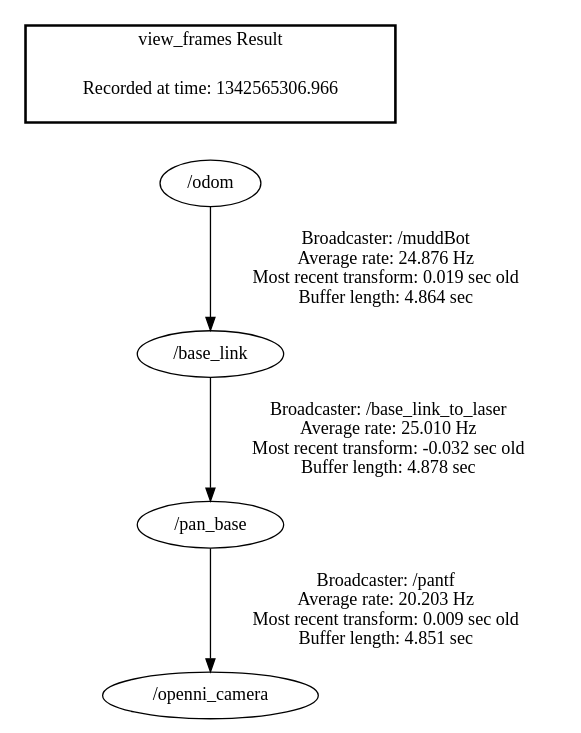
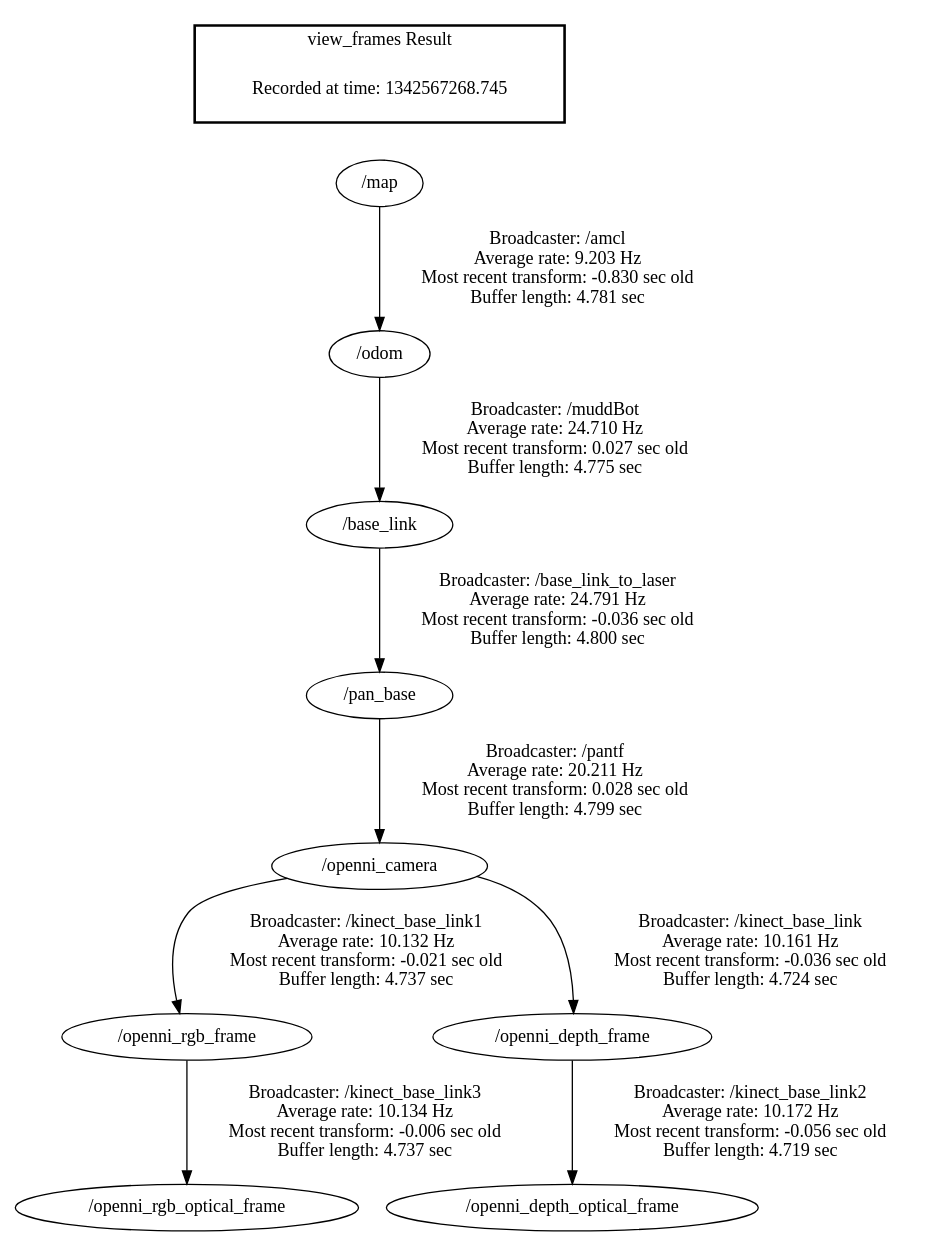
The diagram in mb_nav/frames.gv (hmcRobotLab/hmc-robot-code), drawn with Graphviz before and after one commit. The commit also changed 3 other files, not shown here.

```diff
--- a/mb_nav/frames.gv
+++ b/mb_nav/frames.gv
@@ -1,9 +1,14 @@
 digraph G {
-"/base_link" -> "/pan_base"[label="Broadcaster: /base_link_to_laser\nAverage rate: 25.010 Hz\nMost recent transform: -0.032 sec old \nBuffer length: 4.878 sec\n"];
-"/odom" -> "/base_link"[label="Broadcaster: /muddBot\nAverage rate: 24.876 Hz\nMost recent transform: 0.019 sec old \nBuffer length: 4.864 sec\n"];
-"/pan_base" -> "/openni_camera"[label="Broadcaster: /pantf\nAverage rate: 20.203 Hz\nMost recent transform: 0.009 sec old \nBuffer length: 4.851 sec\n"];
+"/openni_rgb_frame" -> "/openni_rgb_optical_frame"[label="Broadcaster: /kinect_base_link3\nAverage rate: 10.134 Hz\nMost recent transform: -0.006 sec old \nBuffer length: 4.737 sec\n"];
+"/openni_camera" -> "/openni_rgb_frame"[label="Broadcaster: /kinect_base_link1\nAverage rate: 10.132 Hz\nMost recent transform: -0.021 sec old \nBuffer length: 4.737 sec\n"];
+"/pan_base" -> "/openni_camera"[label="Broadcaster: /pantf\nAverage rate: 20.211 Hz\nMost recent transform: 0.028 sec old \nBuffer length: 4.799 sec\n"];
+"/base_link" -> "/pan_base"[label="Broadcaster: /base_link_to_laser\nAverage rate: 24.791 Hz\nMost recent transform: -0.036 sec old \nBuffer length: 4.800 sec\n"];
+"/odom" -> "/base_link"[label="Broadcaster: /muddBot\nAverage rate: 24.710 Hz\nMost recent transform: 0.027 sec old \nBuffer length: 4.775 sec\n"];
+"/map" -> "/odom"[label="Broadcaster: /amcl\nAverage rate: 9.203 Hz\nMost recent transform: -0.830 sec old \nBuffer length: 4.781 sec\n"];
+"/openni_camera" -> "/openni_depth_frame"[label="Broadcaster: /kinect_base_link\nAverage rate: 10.161 Hz\nMost recent transform: -0.036 sec old \nBuffer length: 4.724 sec\n"];
+"/openni_depth_frame" -> "/openni_depth_optical_frame"[label="Broadcaster: /kinect_base_link2\nAverage rate: 10.172 Hz\nMost recent transform: -0.056 sec old \nBuffer length: 4.719 sec\n"];
 edge [style=invis];
  subgraph cluster_legend { style=bold; color=black; label ="view_frames Result";
-"Recorded at time: 1342565306.966"[ shape=plaintext ] ;
- }->"/odom";
+"Recorded at time: 1342567268.745"[ shape=plaintext ] ;
+ }->"/map";
 }
```
